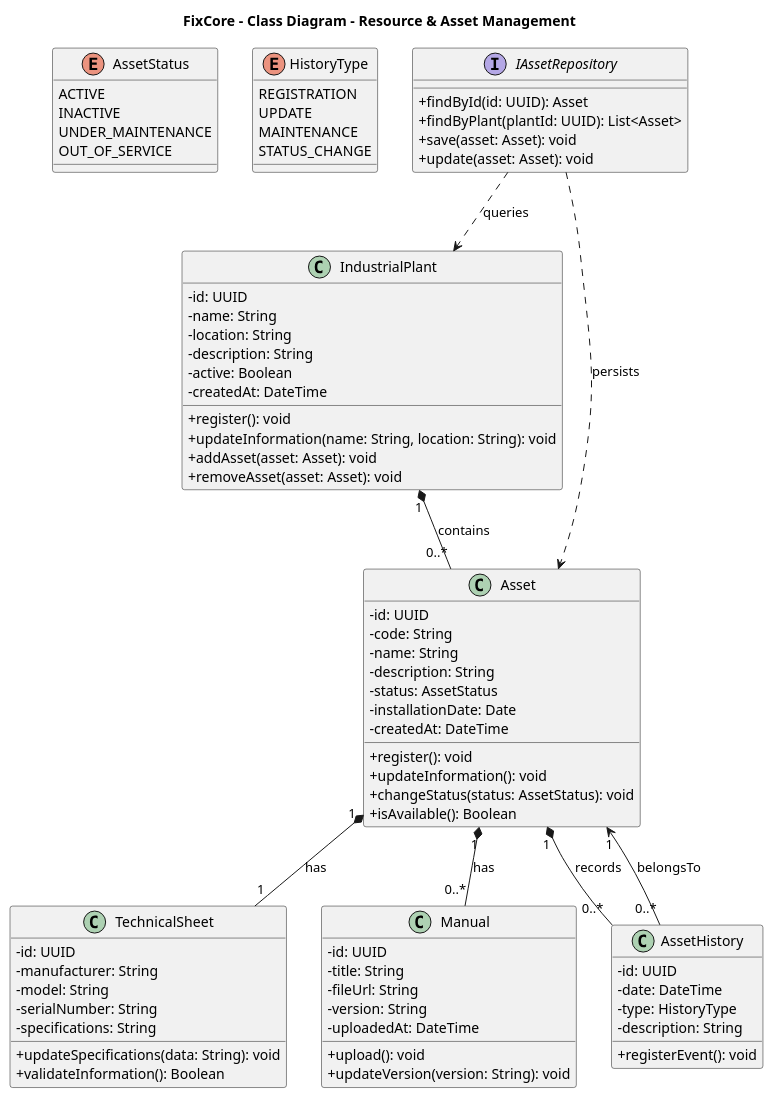
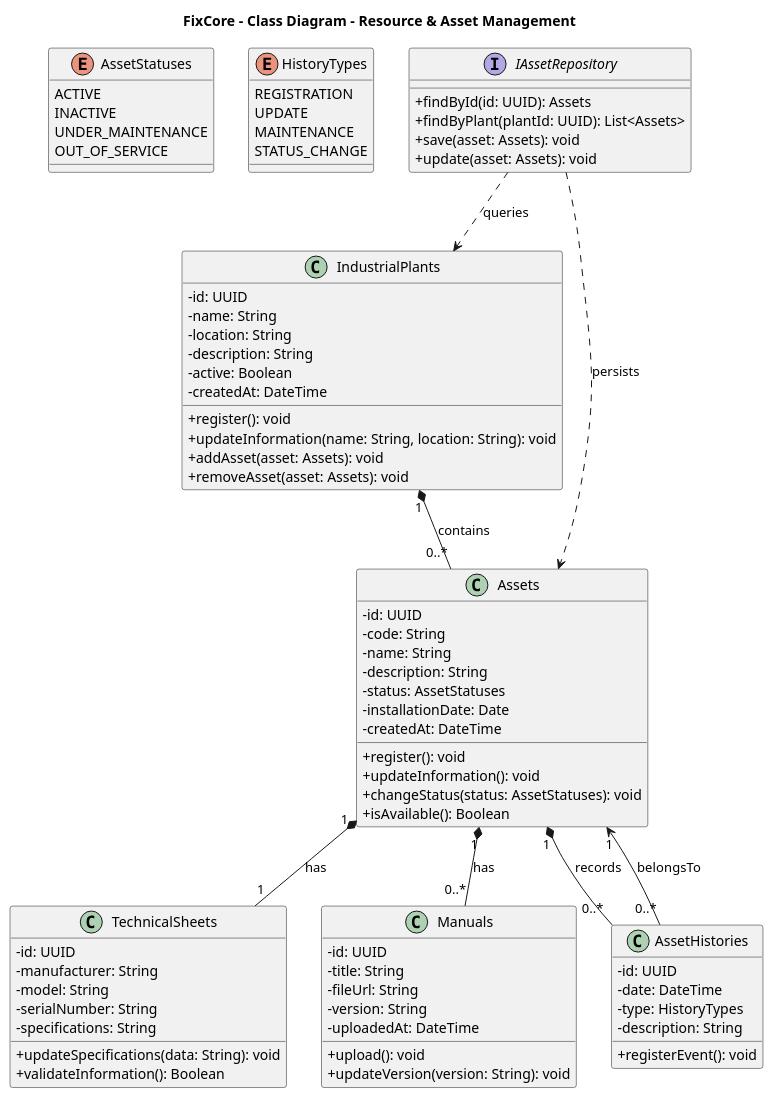
One commit to TechMakers-upc/Report changed the diagram in report/assets/diagrams/class-diagrams/class-diagram-BC2.puml. Above: the diagram before and after it, drawn with PlantUML. The commit also changed 30 other files, not shown here.

Commit message:
fix(report): fix conventions in class, database, and c4 diagrams

```diff
--- a/report/assets/diagrams/class-diagrams/class-diagram-BC2.puml
+++ b/report/assets/diagrams/class-diagrams/class-diagram-BC2.puml
@@ -1,102 +1,102 @@
 @startuml
 title FixCore - Class Diagram - Resource & Asset Management
 
 skinparam classAttributeIconSize 0
 
 ' estados y tipos de historial
-enum AssetStatus {
+enum AssetStatuses {
     ACTIVE
     INACTIVE
     UNDER_MAINTENANCE
     OUT_OF_SERVICE
 }
 
-enum HistoryType {
+enum HistoryTypes {
     REGISTRATION
     UPDATE
     MAINTENANCE
     STATUS_CHANGE
 }
 
 ' entidades del modulo
-class IndustrialPlant {
+class IndustrialPlants {
     - id: UUID
     - name: String
     - location: String
     - description: String
     - active: Boolean
     - createdAt: DateTime
 
     + register(): void
     + updateInformation(name: String, location: String): void
-    + addAsset(asset: Asset): void
-    + removeAsset(asset: Asset): void
+    + addAsset(asset: Assets): void
+    + removeAsset(asset: Assets): void
 }
 
-class Asset {
+class Assets {
     - id: UUID
     - code: String
     - name: String
     - description: String
-    - status: AssetStatus
+    - status: AssetStatuses
     - installationDate: Date
     - createdAt: DateTime
 
     + register(): void
     + updateInformation(): void
-    + changeStatus(status: AssetStatus): void
+    + changeStatus(status: AssetStatuses): void
     + isAvailable(): Boolean
 }
 
-class TechnicalSheet {
+class TechnicalSheets {
     - id: UUID
     - manufacturer: String
     - model: String
     - serialNumber: String
     - specifications: String
 
     + updateSpecifications(data: String): void
     + validateInformation(): Boolean
 }
 
-class Manual {
+class Manuals {
     - id: UUID
     - title: String
     - fileUrl: String
     - version: String
     - uploadedAt: DateTime
 
     + upload(): void
     + updateVersion(version: String): void
 }
 
-class AssetHistory {
+class AssetHistories {
     - id: UUID
     - date: DateTime
-    - type: HistoryType
+    - type: HistoryTypes
     - description: String
 
     + registerEvent(): void
 }
 
 ' acceso a datos
 interface IAssetRepository {
-    + findById(id: UUID): Asset
-    + findByPlant(plantId: UUID): List<Asset>
-    + save(asset: Asset): void
-    + update(asset: Asset): void
+    + findById(id: UUID): Assets
+    + findByPlant(plantId: UUID): List<Assets>
+    + save(asset: Assets): void
+    + update(asset: Assets): void
 }
 
 ' composicion y relaciones de activos
-IndustrialPlant "1" *-- "0..*" Asset : contains
+IndustrialPlants "1" *-- "0..*" Assets : contains
 
-Asset "1" *-- "1" TechnicalSheet : has
-Asset "1" *-- "0..*" Manual : has
-Asset "1" *-- "0..*" AssetHistory : records
+Assets "1" *-- "1" TechnicalSheets : has
+Assets "1" *-- "0..*" Manuals : has
+Assets "1" *-- "0..*" AssetHistories : records
 
-AssetHistory "0..*" --> "1" Asset : belongsTo
+AssetHistories "0..*" --> "1" Assets : belongsTo
 
 ' uso del repositorio
-IAssetRepository ..> Asset : persists
-IAssetRepository ..> IndustrialPlant : queries
+IAssetRepository ..> Assets : persists
+IAssetRepository ..> IndustrialPlants : queries
 @enduml
```
